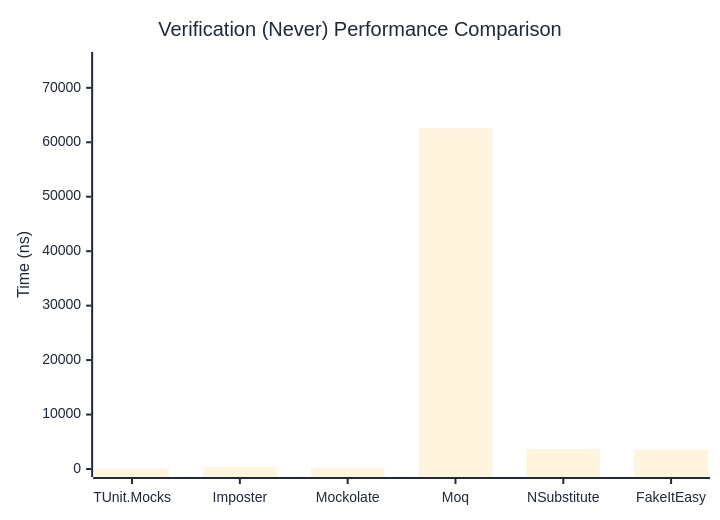
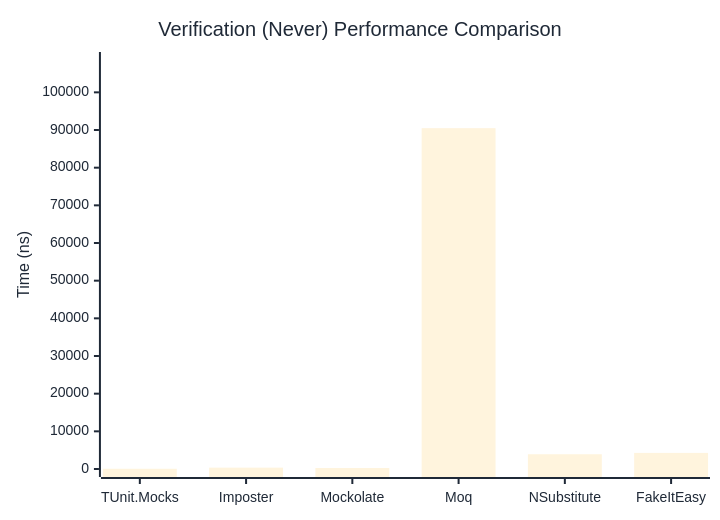
Before and after one commit to thomhurst/TUnit: the second of 3 diagrams in docs/docs/benchmarks/mocks/Verification.md, drawn with Mermaid. The commit also changed other lines of this file and 14 other files, not shown here.

````diff
--- a/docs/docs/benchmarks/mocks/Verification.md
+++ b/docs/docs/benchmarks/mocks/Verification.md
@@ -71,27 +71,27 @@
 ```mermaid
 %%{init: {
   'theme':'base',
   'themeVariables': {
     'primaryColor': '#2563eb',
     'primaryTextColor': '#1f2937',
     'primaryBorderColor': '#1e40af',
     'lineColor': '#6b7280',
     'secondaryColor': '#7c3aed',
     'tertiaryColor': '#dc2626',
     'background': '#ffffff',
     'pie1': '#2563eb',
     'pie2': '#7c3aed',
     'pie3': '#dc2626',
     'pie4': '#f59e0b',
     'pie5': '#10b981',
     'pie6': '#06b6d4',
     'pie7': '#ec4899',
     'pie8': '#6366f1'
   }
 }}%%
 xychart-beta
   title "Verification (Never) Performance Comparison"
   x-axis ["TUnit.Mocks", "Imposter", "Mockolate", "Moq", "NSubstitute", "FakeItEasy"]
-  y-axis "Time (ns)" 0 --> 75112
-  bar [57.41, 353.35, 254.59, 62592.84, 3687.13, 3583.4]
+  y-axis "Time (ns)" 0 --> 108588
+  bar [59.66, 360.64, 269.27, 90489.67, 3914.98, 4277.28]
 ```
````
